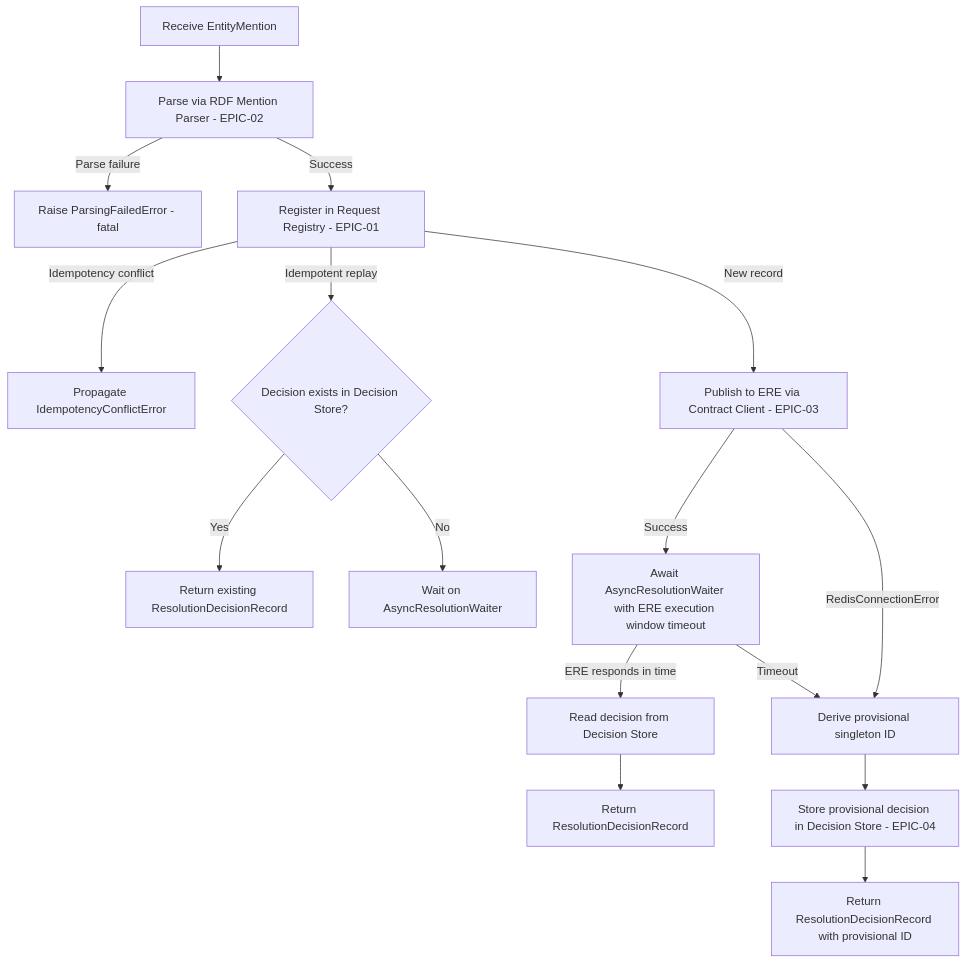
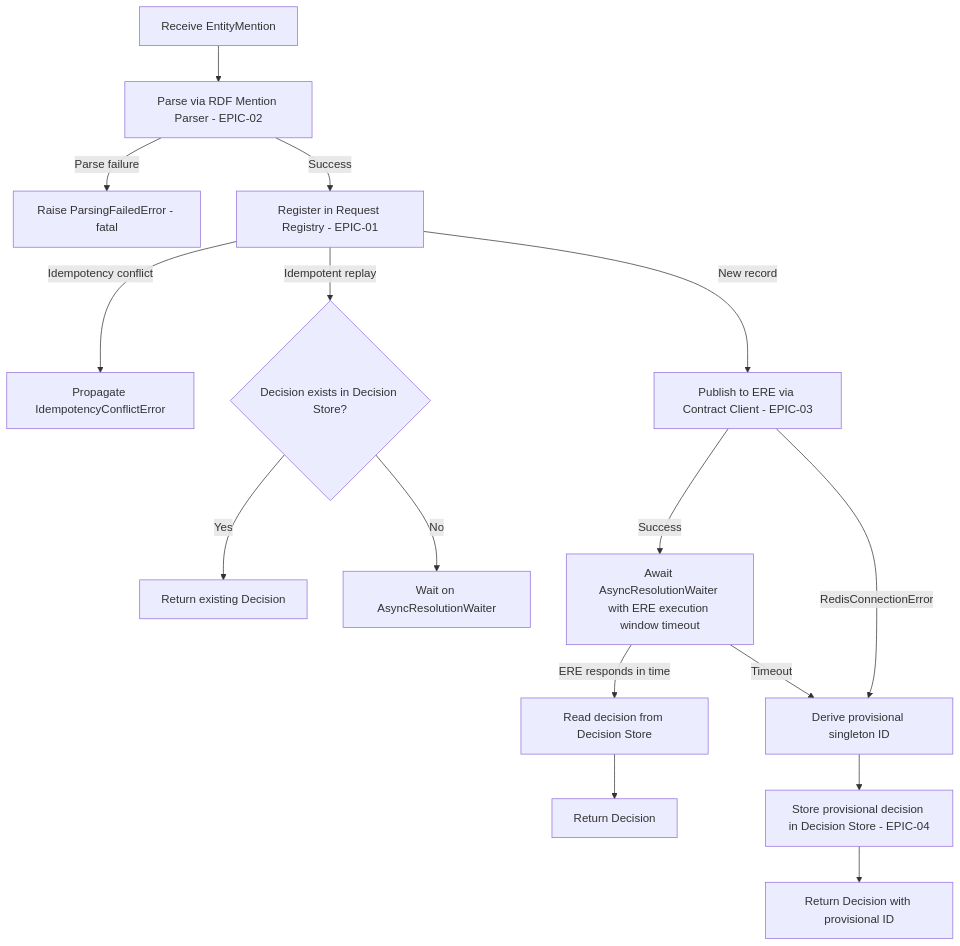
The diagram in .claude/memory/epics/ers-epic-06-resolution-coordinator/EPIC.md (OP-TED/entity-resolution-service), drawn with Mermaid before and after one commit. The commit also changed other lines of this file and 4 other files, not shown here.

````diff
--- a/.claude/memory/epics/ers-epic-06-resolution-coordinator/EPIC.md
+++ b/.claude/memory/epics/ers-epic-06-resolution-coordinator/EPIC.md
@@ -139,18 +139,18 @@
 ```mermaid
 flowchart TD
     A[Receive EntityMention] --> B[Parse via RDF Mention Parser - EPIC-02]
     B -- Parse failure --> Z1[Raise ParsingFailedError - fatal]
     B -- Success --> C[Register in Request Registry - EPIC-01]
     C -- Idempotency conflict --> Z2[Propagate IdempotencyConflictError]
     C -- Idempotent replay --> D{Decision exists in Decision Store?}
-    D -- Yes --> E[Return existing ResolutionDecisionRecord]
+    D -- Yes --> E[Return existing Decision]
     D -- No --> F[Wait on AsyncResolutionWaiter]
     C -- New record --> G[Publish to ERE via Contract Client - EPIC-03]
     G -- RedisConnectionError --> H[Derive provisional singleton ID]
     G -- Success --> I[Await AsyncResolutionWaiter with ERE execution window timeout]
     I -- ERE responds in time --> J[Read decision from Decision Store]
-    J --> K[Return ResolutionDecisionRecord]
+    J --> K[Return Decision]
     I -- Timeout --> H
     H --> L[Store provisional decision in Decision Store - EPIC-04]
-    L --> M[Return ResolutionDecisionRecord with provisional ID]
+    L --> M[Return Decision with provisional ID]
 ```
````
